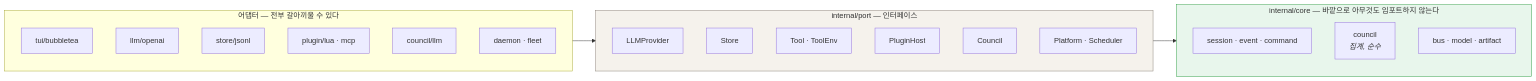
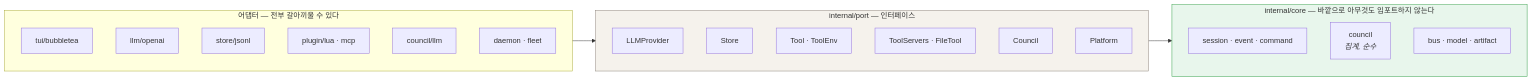
Before and after one commit to sayaya1090/magi: the second of 6 diagrams in docs/ARCHITECTURE.ko.md, drawn with Mermaid. The commit also changed other lines of this file and 6 other files, not shown here.

````diff
--- a/docs/ARCHITECTURE.ko.md
+++ b/docs/ARCHITECTURE.ko.md
@@ -148,31 +148,31 @@
 ```mermaid
 flowchart LR
     subgraph out [어댑터 — 전부 갈아끼울 수 있다]
         direction TB
         A1[tui/bubbletea]
         A2[llm/openai]
         A3[store/jsonl]
         A4[plugin/lua · mcp]
         A5[council/llm]
         A6[daemon · fleet]
     end
     subgraph mid [internal/port — 인터페이스]
         direction TB
         P1[LLMProvider]
         P2[Store]
         P3[Tool · ToolEnv]
-        P4[PluginHost]
+        P4[ToolServers · FileTool]
         P5[Council]
-        P6[Platform · Scheduler]
+        P6[Platform]
     end
     subgraph in [internal/core — 바깥으로 아무것도 임포트하지 않는다]
         direction TB
         C1[session · event · command]
         C2[council<br/><i>집계, 순수</i>]
         C3[bus · model · artifact]
     end
     out --> mid --> in
 
     style in fill:#e8f6ec,stroke:#2f9e44
     style mid fill:#f5f2ec,stroke:#8a8178
 ```
````
